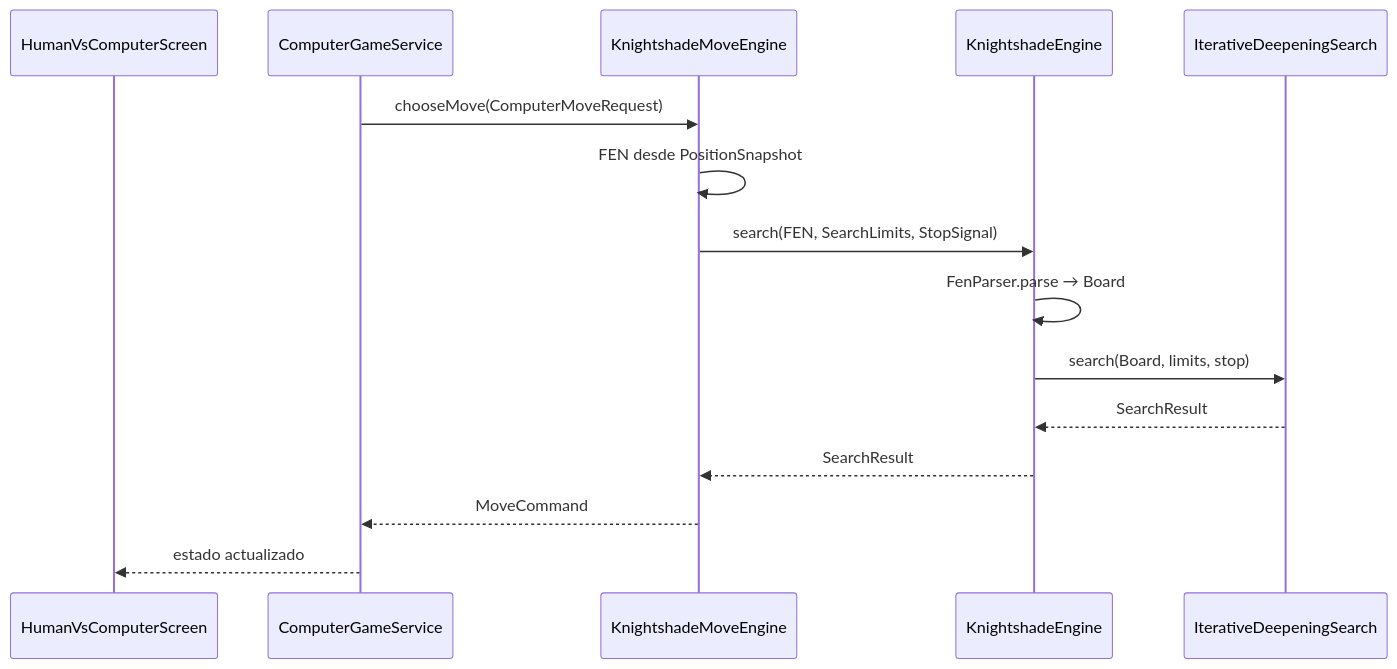
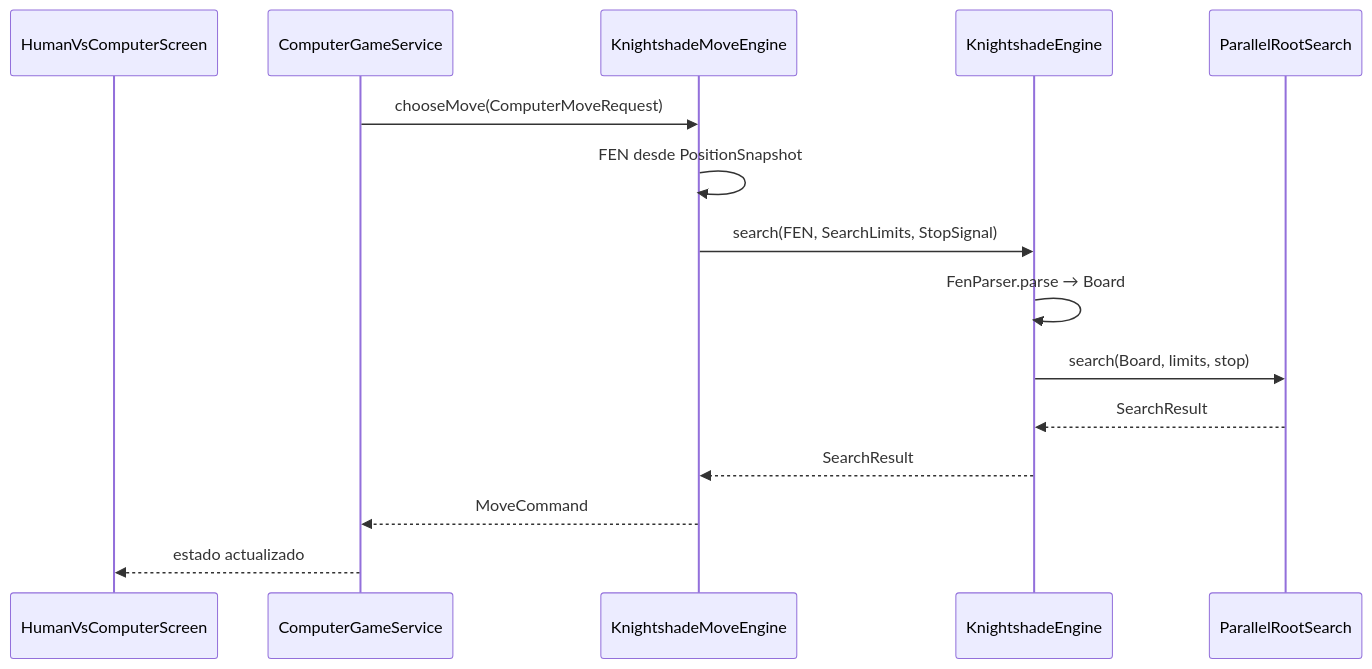
One commit to escontrela/lastmove changed the sixth of 6 diagrams in docs/knightshade-engine.md. Above: the diagram before and after it, drawn with Mermaid. The commit also changed other lines of this file and 26 other files, not shown here.

```diff
--- a/docs/knightshade-engine.md
+++ b/docs/knightshade-engine.md
@@ -348,17 +353,17 @@
 ~~~mermaid
 sequenceDiagram
     participant UI as HumanVsComputerScreen
     participant SVC as ComputerGameService
     participant AD as KnightshadeMoveEngine
     participant ENG as KnightshadeEngine
-    participant SRCH as IterativeDeepeningSearch
+    participant SRCH as ParallelRootSearch
     SVC->>AD: chooseMove(ComputerMoveRequest)
     AD->>AD: FEN desde PositionSnapshot
     AD->>ENG: search(FEN, SearchLimits, StopSignal)
     ENG->>ENG: FenParser.parse → Board
     ENG->>SRCH: search(Board, limits, stop)
     SRCH-->>ENG: SearchResult
     ENG-->>AD: SearchResult
     AD-->>SVC: MoveCommand
     SVC-->>UI: estado actualizado
 ~~~
```
